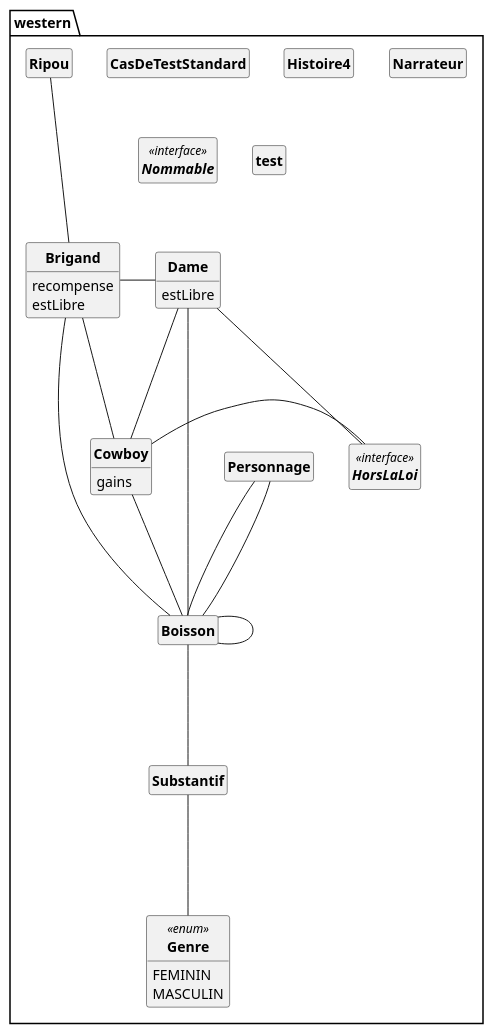
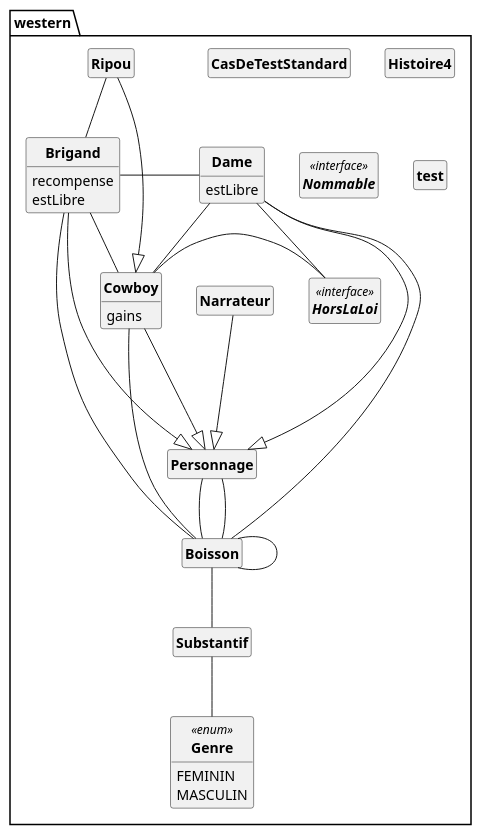
Before and after one commit to SylvainSchaefer/Java-to-PUML: the diagram in src/pumlFromJava/DC_Western.puml, drawn with PlantUML. The commit also changed 2 other files, not shown here.

```diff
--- a/src/pumlFromJava/DC_Western.puml
+++ b/src/pumlFromJava/DC_Western.puml
@@ -1,79 +1,90 @@
 @startuml
 'https://plantuml.com/class-diagram
 skinparam style strictuml
 skinparam classAttributeIconSize 0
 skinparam classFontStyle Bold
 hide empty members
 
 Class western.Boisson{
 
 }
-western.Boisson --- western.Substantif
-western.Boisson --- western.Boisson
+western.Boisson -- western.Substantif
+western.Boisson -- western.Boisson
+
 
 Class western.Brigand{
 recompense
 estLibre
 
 }
 western.Brigand - western.Dame
-western.Brigand --- western.Cowboy
-western.Brigand --- western.Boisson
+western.Brigand -- western.Cowboy
+western.Brigand -- western.Boisson
 
+western.Brigand ---|> western.Personnage
 Class western.CasDeTestStandard{
 
 }
+
 
 Class western.Cowboy{
 gains
 
 }
 western.Cowboy - western.HorsLaLoi
-western.Cowboy --- western.Boisson
+western.Cowboy -- western.Boisson
 
+western.Cowboy ---|> western.Personnage
 Class western.Dame{
 estLibre
 
 }
-western.Dame --- western.Cowboy
-western.Dame --- western.HorsLaLoi
-western.Dame --- western.Boisson
+western.Dame -- western.Cowboy
+western.Dame -- western.HorsLaLoi
+western.Dame -- western.Boisson
 
+western.Dame ---|> western.Personnage
 Enum western.Genre<<enum>> {
 FEMININ
 MASCULIN
 
 }
 Class western.Histoire4{
 
 }
 
+
 Interface western.HorsLaLoi<<interface>> {
 }
 Class western.Narrateur{
 
 }
 
+western.Narrateur ---|> western.Personnage
 Interface western.Nommable<<interface>> {
 }
 Class western.Personnage{
 
 }
-western.Personnage --- western.Boisson
-western.Personnage --- western.Boisson
+western.Personnage -- western.Boisson
+western.Personnage -- western.Boisson
+
 
 Class western.Ripou{
 
 }
-western.Ripou --- western.Brigand
+western.Ripou -- western.Brigand
 
+western.Ripou ---|> western.Cowboy
 Class western.Substantif{
 
 }
-western.Substantif --- western.Genre
+western.Substantif -- western.Genre
+
 
 Class western.test{
 
 }
 
+
 @enduml
```
